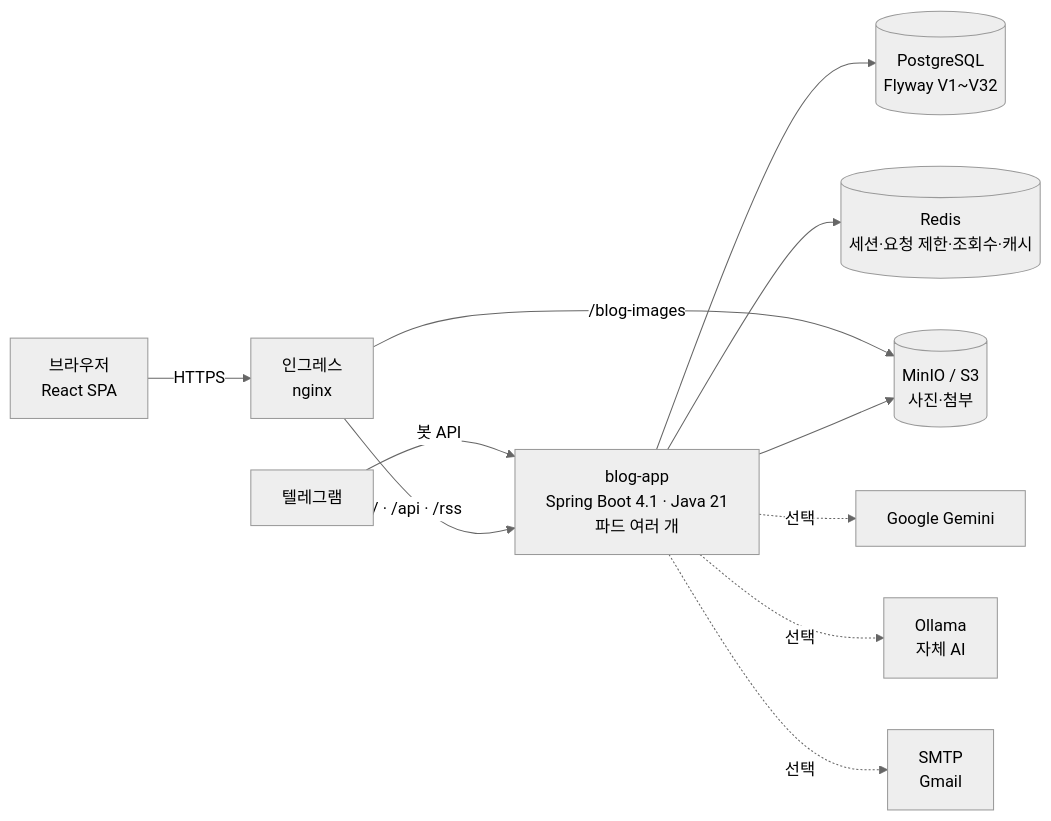
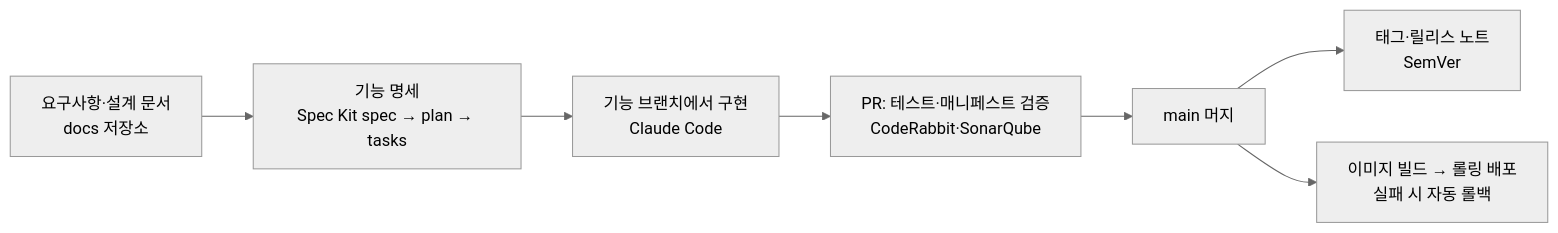
Before and after one commit to AIGJ-01-002-blog/.github: the diagram in profile/README.md, drawn with Mermaid (neutral theme). The commit also changed other lines of this file, not shown here.

Commit message:
devlog 저장소 README 반영 (c51a067)

````diff
--- a/profile/README.md
+++ b/profile/README.md
@@ -149,13 +36,9 @@
 ```mermaid
 flowchart LR
-    B[브라우저<br/>React SPA] -->|HTTPS| I[인그레스<br/>nginx]
-    T[텔레그램] -->|봇 API| A
-    I -->|/ · /api · /rss| A[blog-app<br/>Spring Boot 4.1 · Java 21<br/>파드 여러 개]
-    I -->|/blog-images| M[(MinIO / S3<br/>사진·첨부)]
-    A --> P[(PostgreSQL<br/>Flyway V1~V32)]
-    A --> R[(Redis<br/>세션·요청 제한·조회수·캐시)]
-    A --> M
-    A -.선택.-> G[Google Gemini]
-    A -.선택.-> O[Ollama<br/>자체 AI]
-    A -.선택.-> S[SMTP<br/>Gmail]
+    R[요구사항·설계 문서<br/>docs 저장소] --> S[기능 명세<br/>Spec Kit spec → plan → tasks]
+    S --> B[기능 브랜치에서 구현<br/>Claude Code]
+    B --> P[PR: 테스트·매니페스트 검증<br/>CodeRabbit·SonarQube]
+    P --> M[main 머지]
+    M --> T[태그·릴리스 노트<br/>SemVer]
+    M --> D[이미지 빌드 → 롤링 배포<br/>실패 시 자동 롤백]
 ```
````
